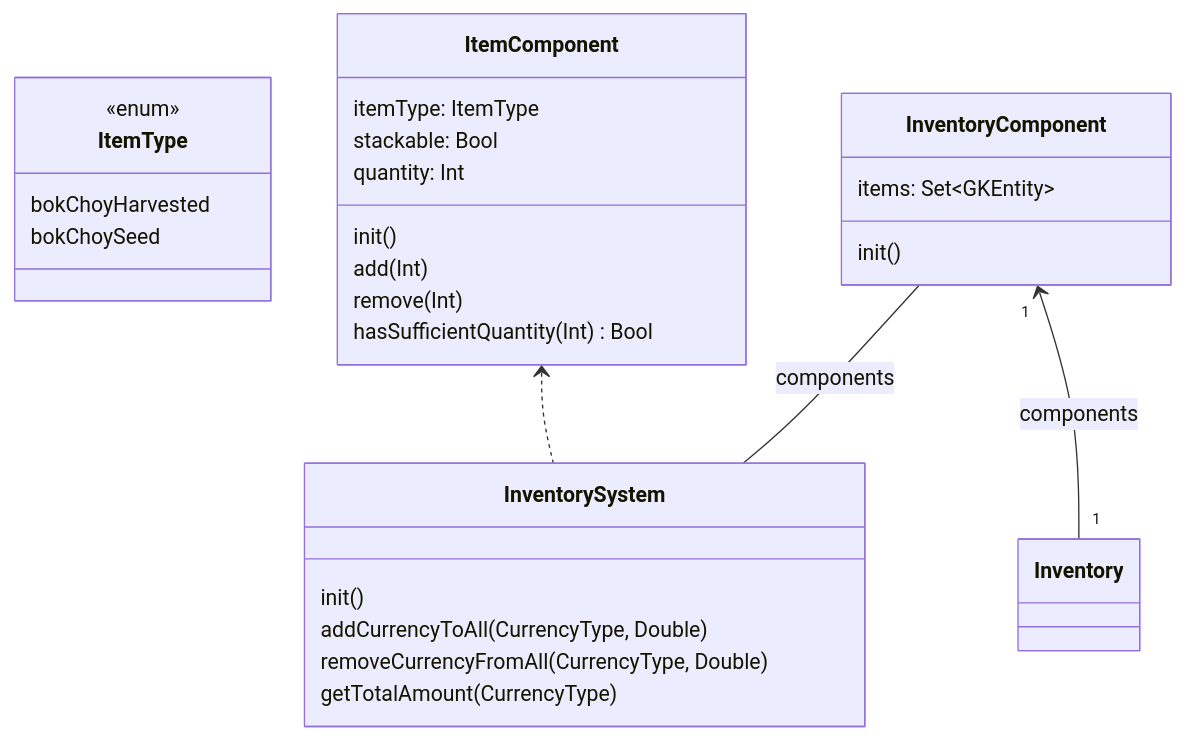
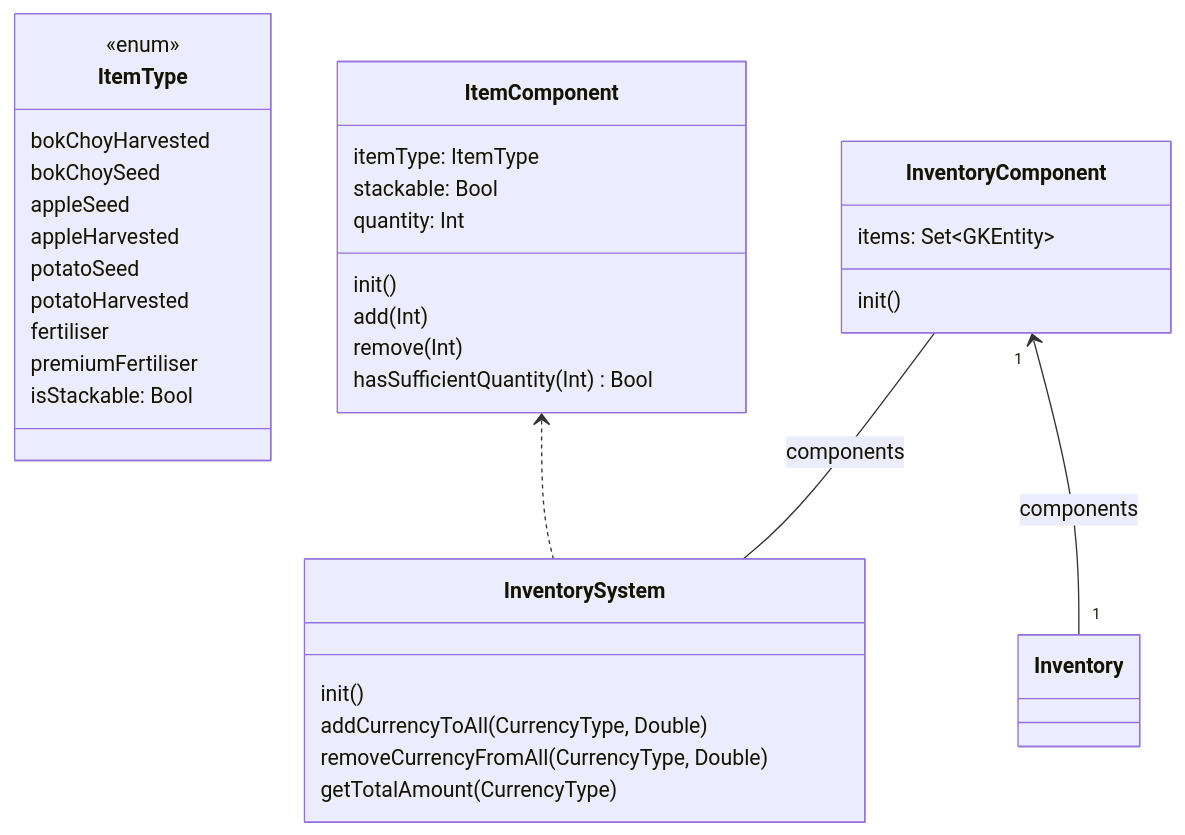
The diagram in sprint1/inventory-ecs.mmd (Ah-Leongs-Farm/mermaid-diagrams), drawn with Mermaid before and after one commit. The commit also changed 1 other file, not shown here.

```diff
--- a/sprint1/inventory-ecs.mmd
+++ b/sprint1/inventory-ecs.mmd
@@ -1,32 +1,39 @@
 classDiagram
     class ItemType {
         <<enum>>
         bokChoyHarvested
         bokChoySeed
+        appleSeed
+        appleHarvested
+        potatoSeed
+        potatoHarvested
+        fertiliser
+        premiumFertiliser
+        isStackable: Bool
     }
 
     class ItemComponent {
         itemType: ItemType
         stackable: Bool
         quantity: Int
         init()
         add(Int)
         remove(Int)
         hasSufficientQuantity(Int) Bool
     }
 
     class InventoryComponent {
         items: Set~GKEntity~
         init()
     }
 
     class InventorySystem {
         init()
         addCurrencyToAll(CurrencyType, Double)
         removeCurrencyFromAll(CurrencyType, Double)
         getTotalAmount(CurrencyType)
     }
 
     InventoryComponent -- InventorySystem : components
     InventoryComponent "1" <-- "1" Inventory : components
     ItemComponent <.. InventorySystem
```
